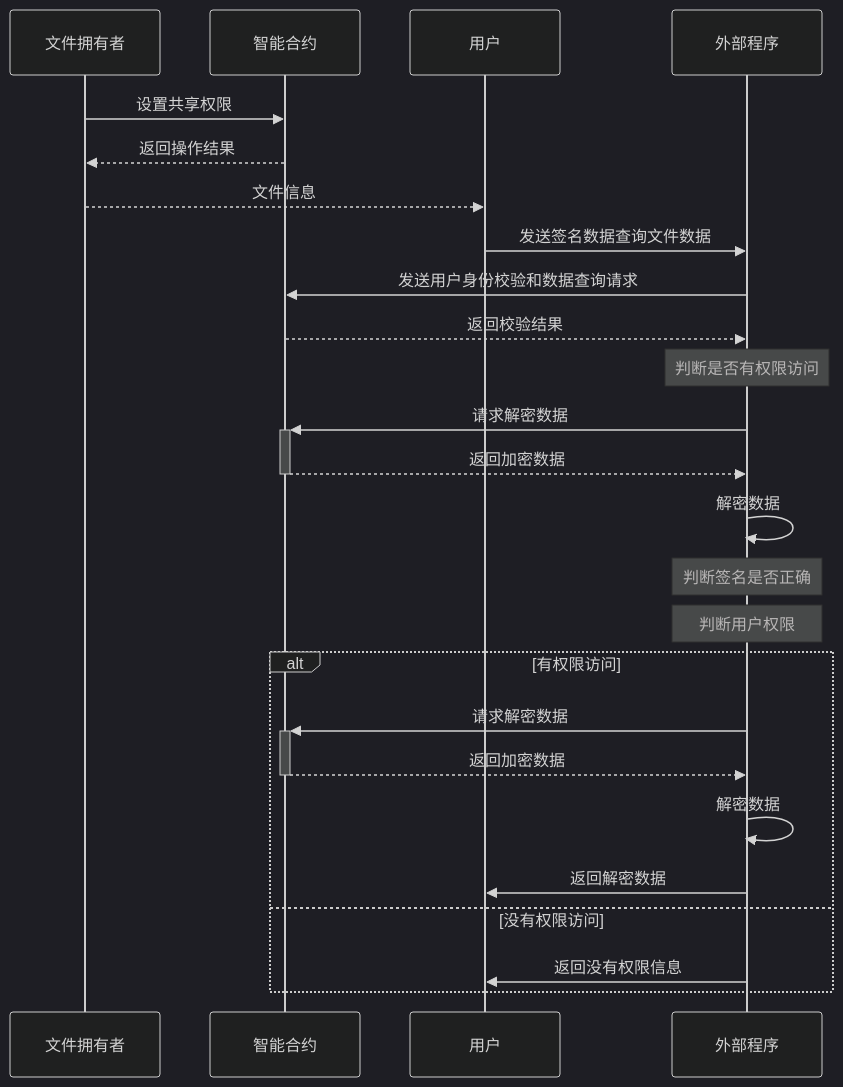
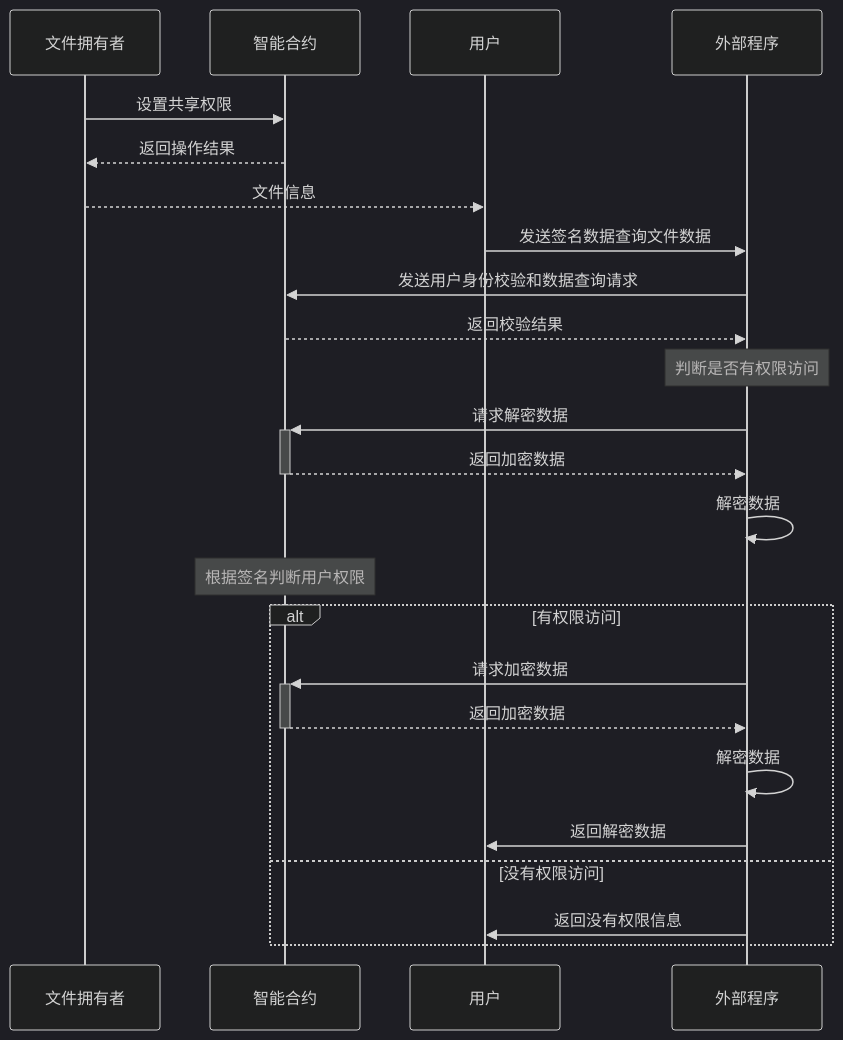
Before and after one commit to MoyunRz/store-data: the fifth of 5 diagrams in doc/合约存取共享.md, drawn with Mermaid (dark theme). The commit also changed other lines of this file, not shown here.

````diff
--- a/doc/合约存取共享.md
+++ b/doc/合约存取共享.md
@@ -105,29 +102,28 @@
 ```mermaid
 sequenceDiagram
     participant A as 文件拥有者
     participant B as 智能合约
     participant C as 用户
     participant D as 外部程序
 
     A->>B: 设置共享权限
     B-->>A: 返回操作结果
     A-->>C: 文件信息
     C->>D: 发送签名数据查询文件数据
     D->>B: 发送用户身份校验和数据查询请求
     B-->>D: 返回校验结果
     Note over D: 判断是否有权限访问
     D->>+B: 请求解密数据
     B-->>-D: 返回加密数据
     D->>D: 解密数据
-    Note over D: 判断签名是否正确
-    Note over D: 判断用户权限
+    Note over B: 根据签名判断用户权限
     alt 有权限访问
-        D->>+B: 请求解密数据
+        D->>+B: 请求加密数据
         B-->>-D: 返回加密数据
         D->>D: 解密数据
         D->>C: 返回解密数据
     else 没有权限访问
         D->>C: 返回没有权限信息
     end
 
 ```
````
